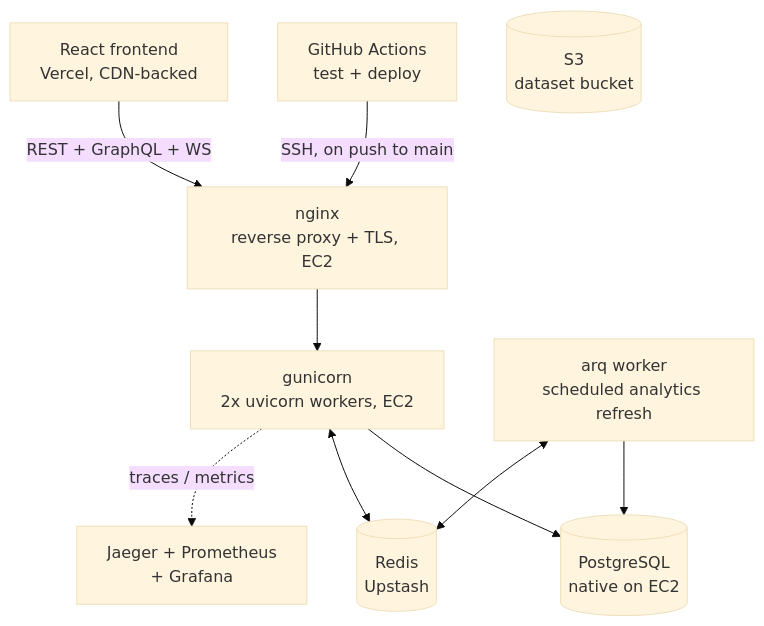
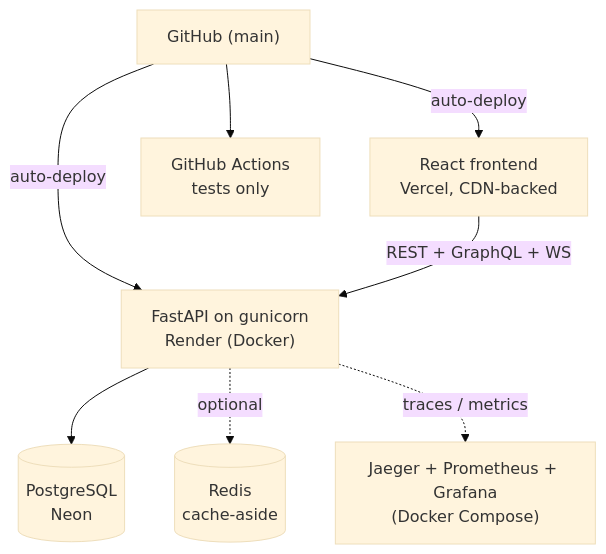
The second of 2 diagrams in README.md (rohantiwari9573/railsphere-backend), drawn with Mermaid (base theme) before and after one commit. The commit also changed other lines of this file and 1 other file, not shown here.

Commit message:
docs: update README for Vercel + Render + Neon deployment; drop dead EC2 deploy job

````diff
--- a/README.md
+++ b/README.md
@@ -146,12 +148,10 @@
 ```mermaid
 flowchart TD
-    GH["GitHub Actions<br/>test + deploy"] -->|SSH, on push to main| Nginx
-    FE["React frontend<br/>Vercel, CDN-backed"] -->|REST + GraphQL + WS| Nginx["nginx<br/>reverse proxy + TLS, EC2"]
-    Nginx --> App["gunicorn<br/>2x uvicorn workers, EC2"]
-    App --> DB[("PostgreSQL<br/>native on EC2")]
-    App <--> Redis[("Redis<br/>Upstash")]
-    Worker["arq worker<br/>scheduled analytics refresh"] --> DB
-    Worker <--> Redis
-    App -.traces / metrics.-> Obs["Jaeger + Prometheus<br/>+ Grafana"]
-    S3[("S3<br/>dataset bucket")]
+    Repo["GitHub (main)"] -->|auto-deploy| FE
+    Repo -->|auto-deploy| App
+    Repo --> GH["GitHub Actions<br/>tests only"]
+    FE["React frontend<br/>Vercel, CDN-backed"] -->|REST + GraphQL + WS| App["FastAPI on gunicorn<br/>Render (Docker)"]
+    App --> DB[("PostgreSQL<br/>Neon")]
+    App -.->|optional| Redis[("Redis<br/>cache-aside")]
+    App -.traces / metrics.-> Obs["Jaeger + Prometheus + Grafana<br/>(Docker Compose)"]
 ```
````
